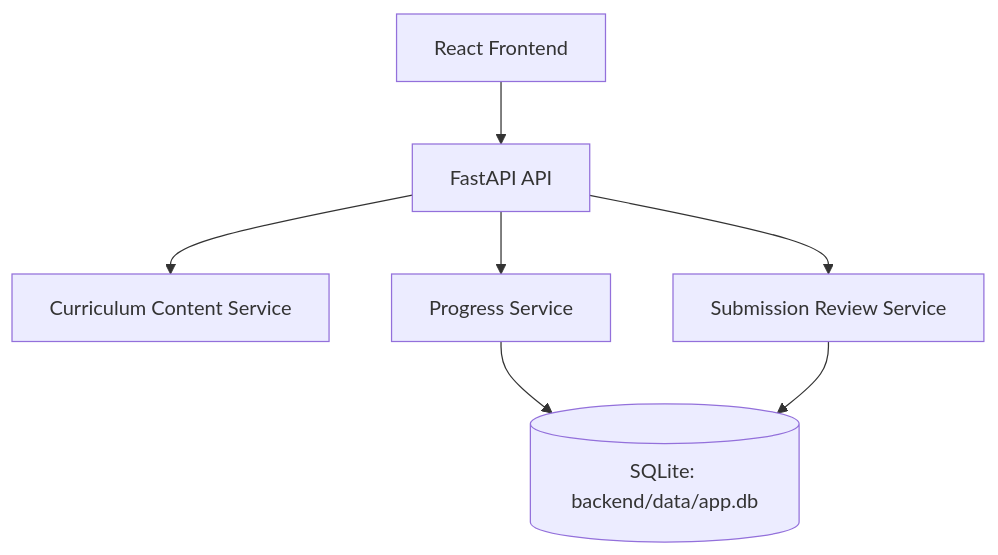
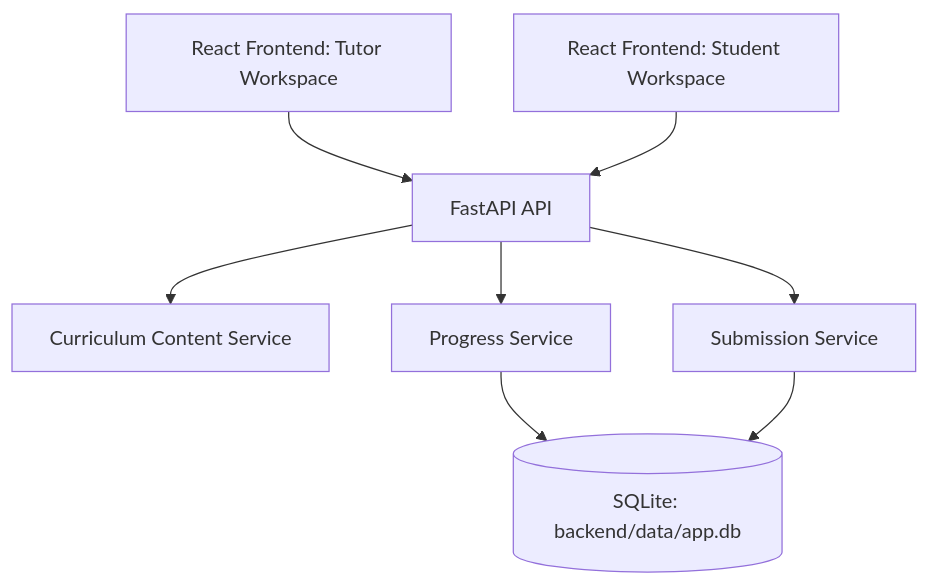
One commit to AsadMirza44/AILearningProgram changed the diagram in docs/AI-Training-Interactive-App-Architecture.md. Above: the diagram before and after it, drawn with Mermaid. The commit also changed other lines of this file and 10 other files, not shown here.

````diff
--- a/docs/AI-Training-Interactive-App-Architecture.md
+++ b/docs/AI-Training-Interactive-App-Architecture.md
@@ -52,9 +55,10 @@
 ```mermaid
 flowchart TD
-    A[React Frontend] --> B[FastAPI API]
+    A[React Frontend: Tutor Workspace] --> B[FastAPI API]
+    A2[React Frontend: Student Workspace] --> B
     B --> C[Curriculum Content Service]
     B --> D[Progress Service]
-    B --> E[Submission Review Service]
+    B --> E[Submission Service]
     D --> F[(SQLite: backend/data/app.db)]
     E --> F
 ```
````
